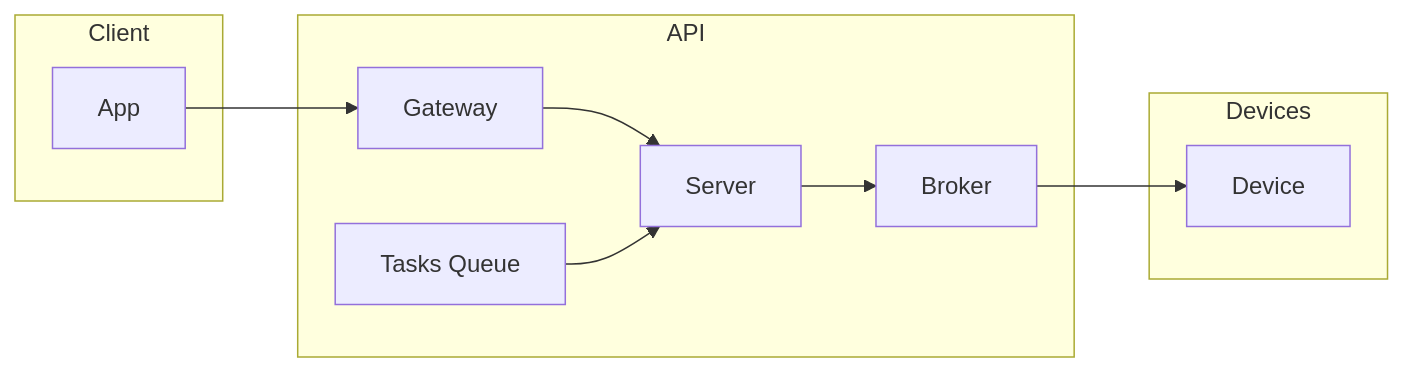
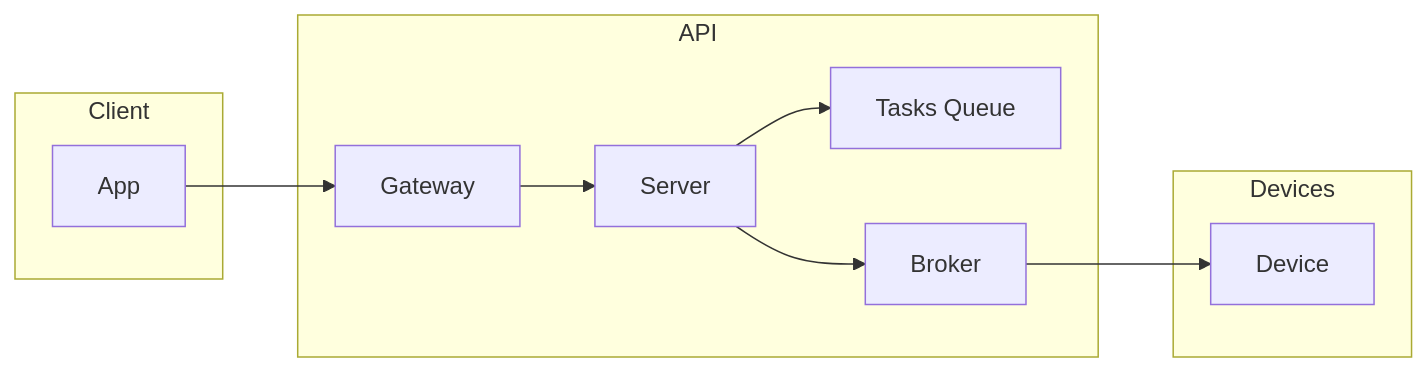
The diagram in README.md (OlegLebedevRU/iot-rpc-rest-app), drawn with Mermaid before and after one commit.

Commit message:
Fix README task queue arrow direction
Agent-Logs-Url: https://github.com/OlegLebedevRU/iot-rpc-rest-app/sessions/71abe1b6-e2ad-4abc-a14f-0636282ad062

`````diff
--- a/README.md
+++ b/README.md
@@ -10,23 +10,23 @@
 ````mermaid
 flowchart LR
     subgraph Client["Client"]
         App["App"]
     end
 
     subgraph API["API"]
         Gateway["Gateway"]
         Server["Server"]
         TasksQueue["Tasks Queue"]
         Broker["Broker"]
     end
 
     subgraph Devices["Devices"]
         Device["Device"]
     end
 
     App --> Gateway
     Gateway --> Server
-    TasksQueue --> Server
+    Server --> TasksQueue
     Server --> Broker
     Broker --> Device
 ````
`````
